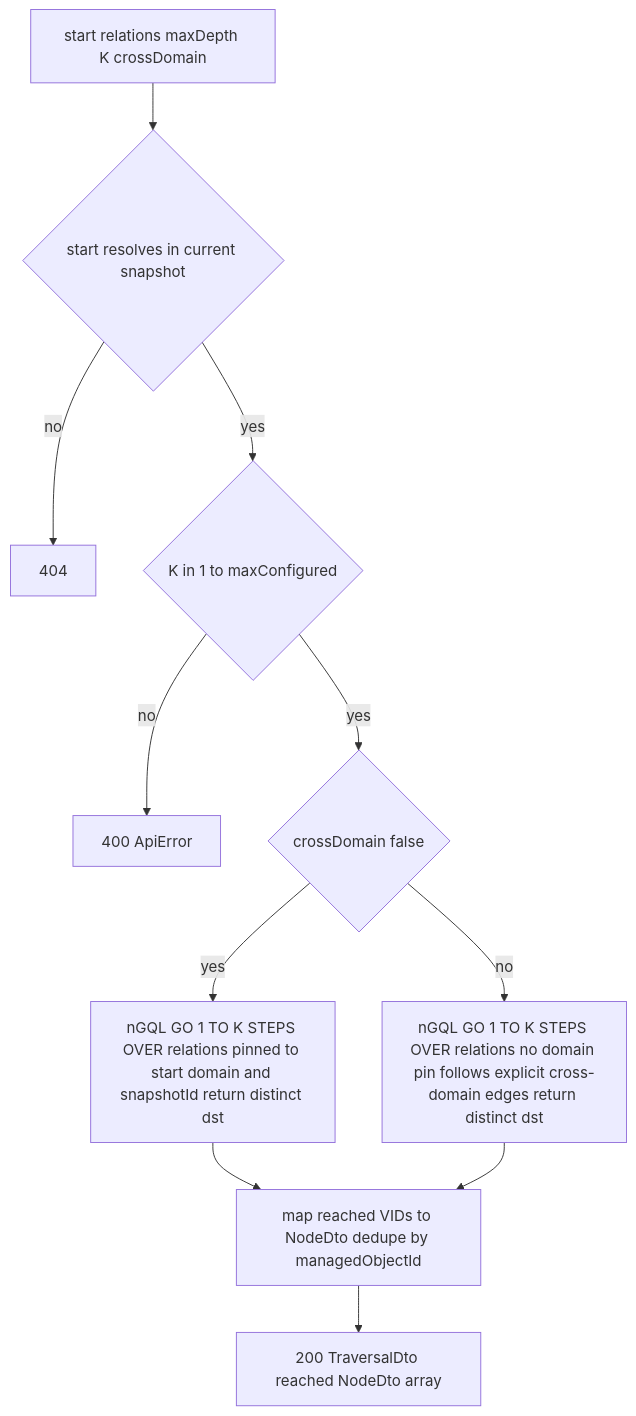
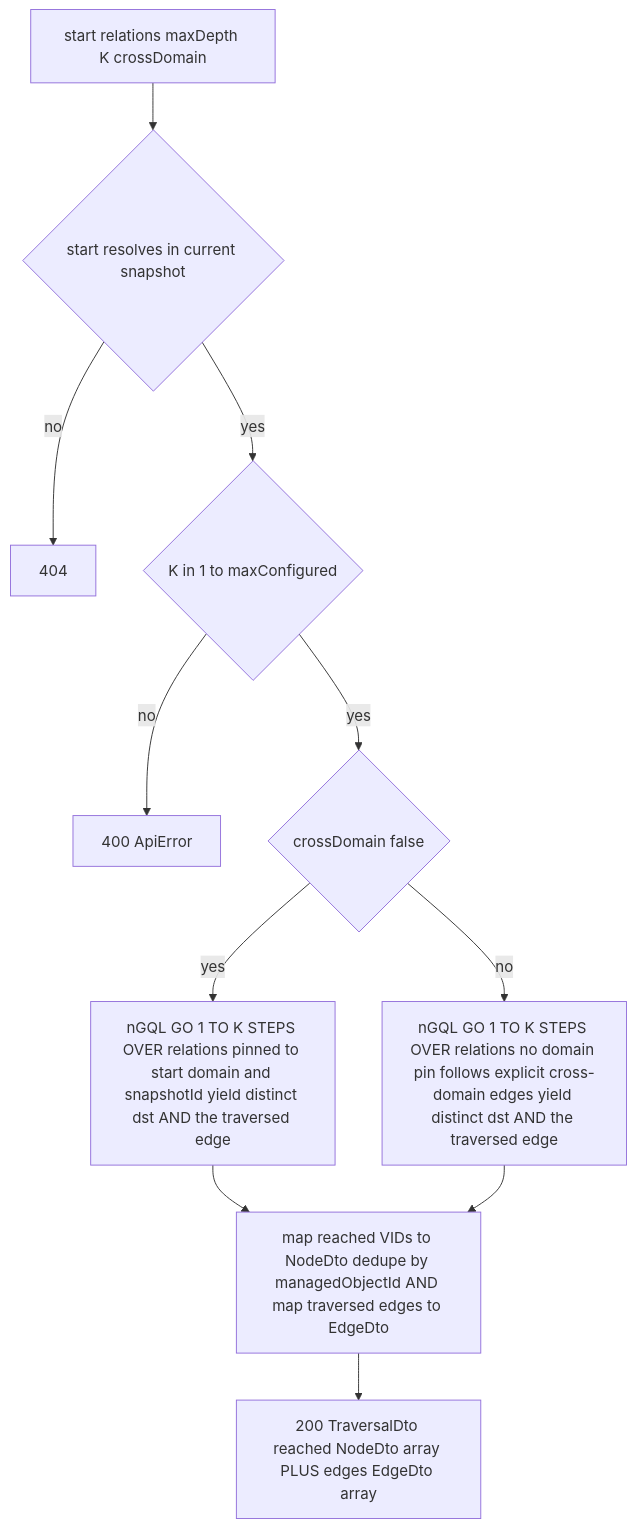
Before and after one commit to nikhilmohan/correlation-platform: diagram 11 of 11 in services/topology/design.md, drawn with Mermaid. The commit also changed other lines of this file and 14 other files, not shown here.

````diff
--- a/services/topology/design.md
+++ b/services/topology/design.md
@@ -1132,13 +1149,13 @@
 ```mermaid
 flowchart TD
   A[start relations maxDepth K crossDomain] --> B{start resolves in current snapshot}
   B -- no --> N[404]
   B -- yes --> C{K in 1 to maxConfigured}
   C -- no --> E[400 ApiError]
   C -- yes --> P{crossDomain false}
-  P -- yes --> D1[nGQL GO 1 TO K STEPS OVER relations pinned to start domain and snapshotId return distinct dst]
-  P -- no --> D2[nGQL GO 1 TO K STEPS OVER relations no domain pin follows explicit cross-domain edges return distinct dst]
-  D1 --> F[map reached VIDs to NodeDto dedupe by managedObjectId]
+  P -- yes --> D1[nGQL GO 1 TO K STEPS OVER relations pinned to start domain and snapshotId yield distinct dst AND the traversed edge]
+  P -- no --> D2[nGQL GO 1 TO K STEPS OVER relations no domain pin follows explicit cross-domain edges yield distinct dst AND the traversed edge]
+  D1 --> F[map reached VIDs to NodeDto dedupe by managedObjectId AND map traversed edges to EdgeDto]
   D2 --> F
-  F --> G[200 TraversalDto reached NodeDto array]
+  F --> G[200 TraversalDto reached NodeDto array PLUS edges EdgeDto array]
 ```
````
